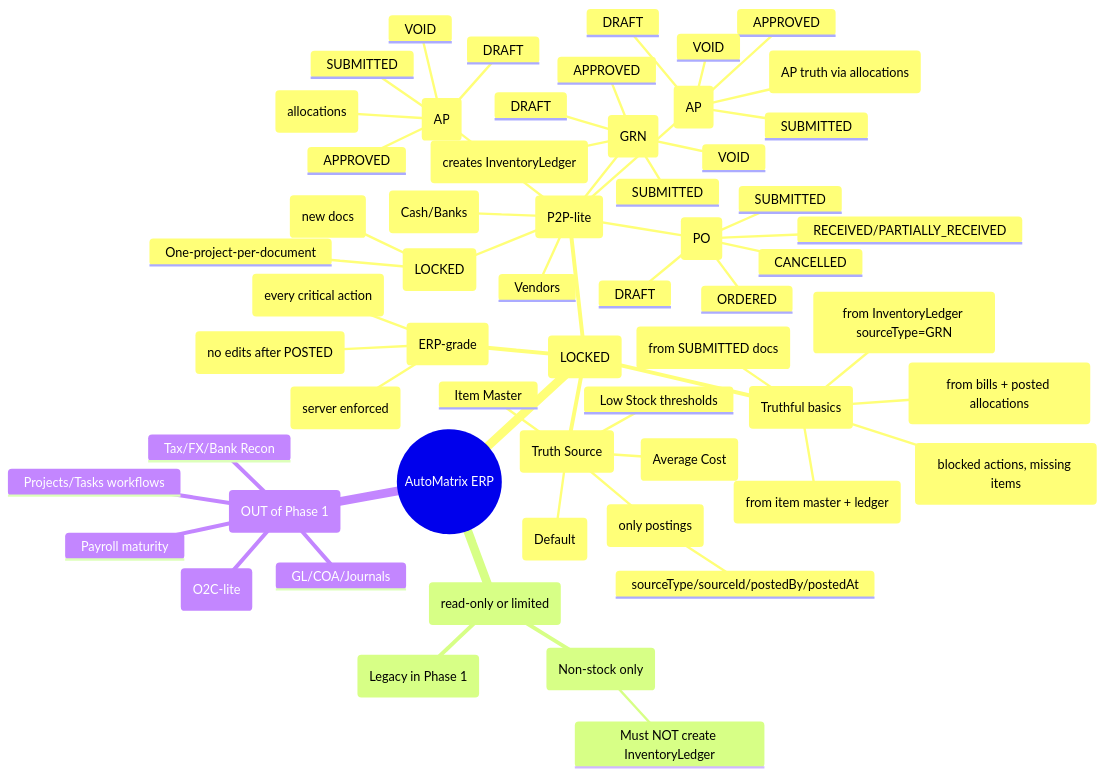
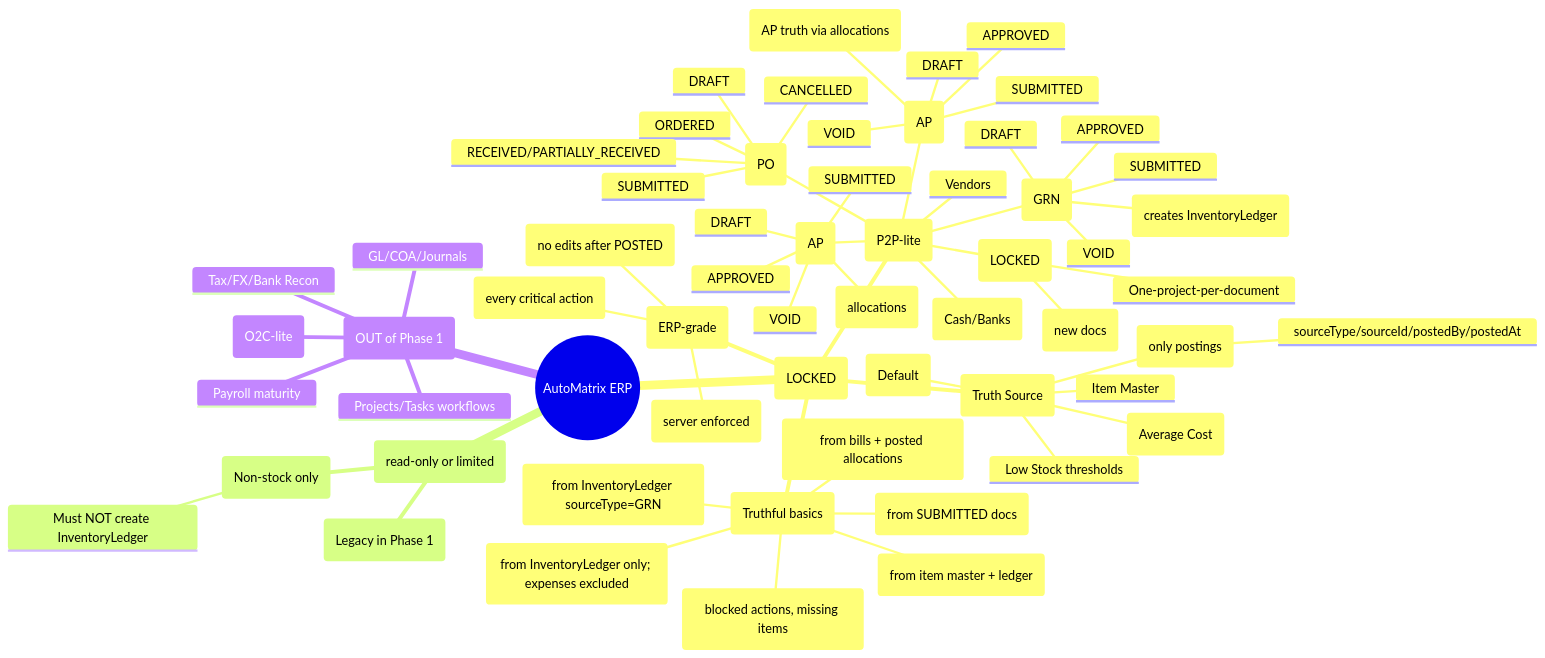
One commit to raohassandev/Automatrix-ERP changed the first of 2 diagrams in docs/ERP_DIAGRAMS.md. Above: the diagram before and after it, drawn with Mermaid. The commit also changed 1 other file, not shown here.

Commit message:
docs: update blueprint and implementation report (phase 1)

````diff
--- a/docs/ERP_DIAGRAMS.md
+++ b/docs/ERP_DIAGRAMS.md
@@ -7,62 +7,63 @@
 ```mermaid
 mindmap
   root((AutoMatrix ERP))
     Phase 1 Spine (LOCKED)
       Procurement (P2P-lite)
         ProjectRef (LOCKED)
           One-project-per-document
           Mandatory on PO/GRN/Bill/Payment (new docs)
         Vendors
         Purchase Orders (PO)
           DRAFT
           SUBMITTED
           ORDERED
           RECEIVED/PARTIALLY_RECEIVED
           CANCELLED
         Goods Receipt (GRN)
           DRAFT
           SUBMITTED
           APPROVED
           POSTED (creates InventoryLedger)
           VOID
         Vendor Bills (AP)
           DRAFT
           SUBMITTED
           APPROVED
           POSTED (AP truth via allocations)
           VOID
         Vendor Payments (AP)
           DRAFT
           SUBMITTED
           APPROVED
           POSTED (allocations)
           VOID
         Company Accounts (Cash/Banks)
       Inventory (Truth Source)
         Warehouse (Default)
         Item Master
         Inventory Ledger (only postings)
           sourceType/sourceId/postedBy/postedAt
         Valuation (Average Cost)
         Low Stock thresholds
       Controls (ERP-grade)
         RBAC (server enforced)
         Audit Log (every critical action)
         Lifecycle gates (no edits after POSTED)
       Reports (Truthful basics)
         AP Aging (from bills + posted allocations)
         Inventory On-hand (from item master + ledger)
         GRN Activity (from InventoryLedger sourceType=GRN)
+        Procurement Stock-in Report (from InventoryLedger only; expenses excluded)
         Approval/Queue counts (from SUBMITTED docs)
         Exceptions (blocked actions, missing items)
     Phase 1 Non-Spine / Legacy (read-only or limited)
       Expenses (Non-stock only)
         Must NOT create InventoryLedger
       Income (Legacy in Phase 1)
     Phase 2+ (OUT of Phase 1)
       Sales (O2C-lite)
       GL/COA/Journals
       Payroll maturity
       Projects/Tasks workflows
       Tax/FX/Bank Recon
 ```
````
